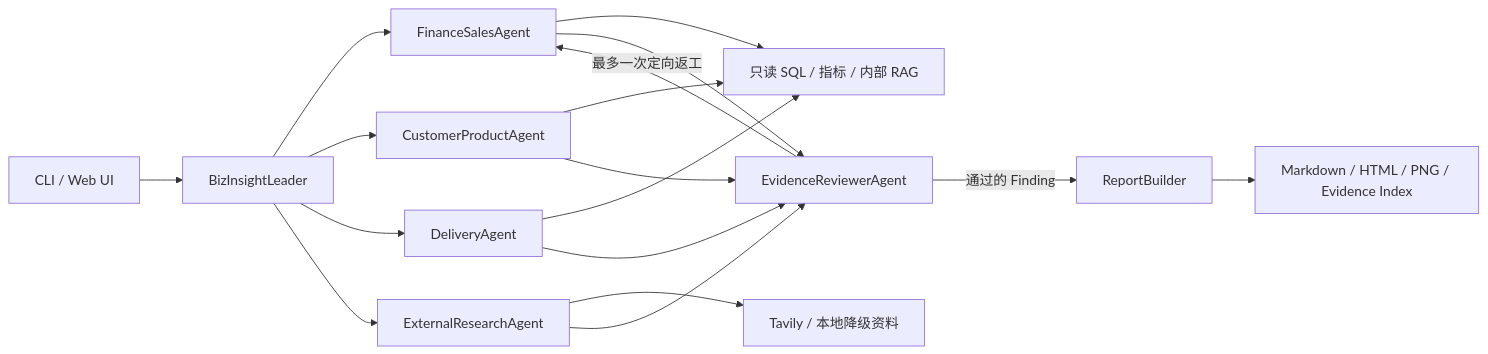
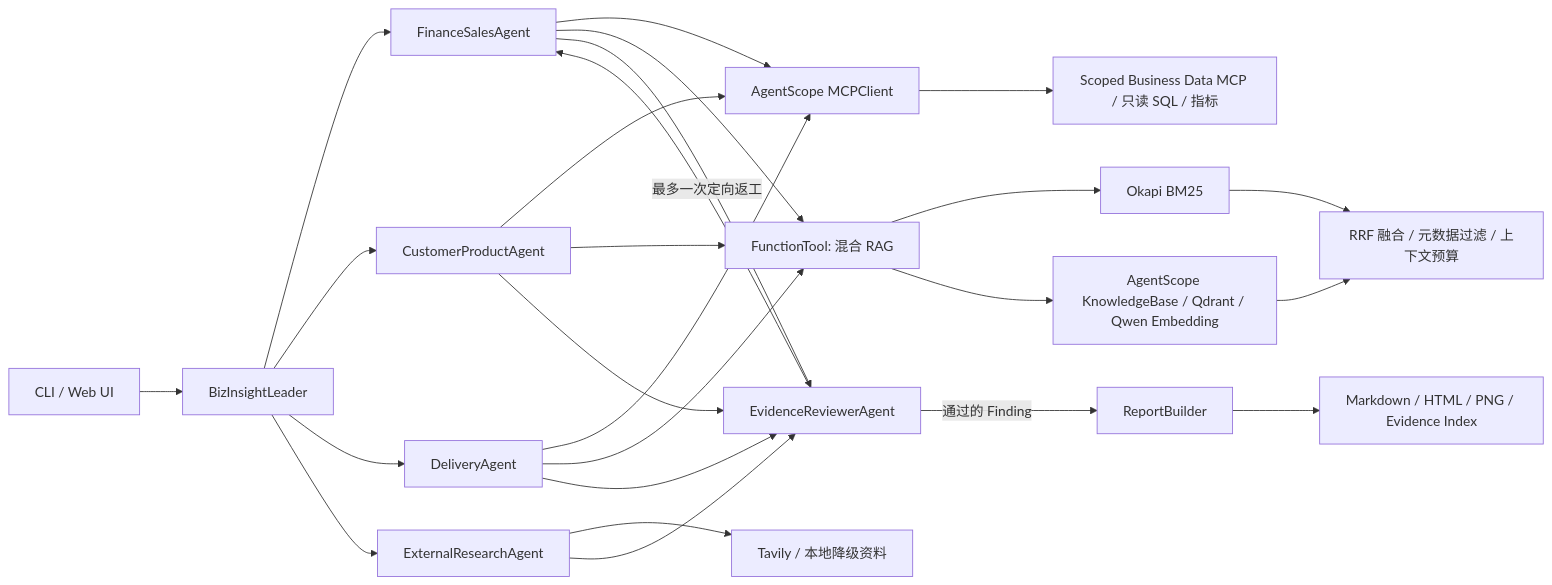
Before and after one commit to chuechue123/enterprise-intelligence-agent: the diagram in docs/architecture.md, drawn with Mermaid. The commit also changed other lines of this file and 43 other files, not shown here.

````diff
--- a/docs/architecture.md
+++ b/docs/architecture.md
@@ -7,14 +7,19 @@
 ```mermaid
 flowchart LR
     U[CLI / Web UI] --> L[BizInsightLeader]
     L --> W1[FinanceSalesAgent]
     L --> W2[CustomerProductAgent]
     L --> W3[DeliveryAgent]
     L --> W4[ExternalResearchAgent]
-    W1 & W2 & W3 --> T[只读 SQL / 指标 / 内部 RAG]
+    W1 & W2 & W3 --> M[AgentScope MCPClient]
+    M --> T[Scoped Business Data MCP / 只读 SQL / 指标]
+    W1 & W2 & W3 --> K[FunctionTool: 混合 RAG]
+    K --> B1[Okapi BM25]
+    K --> B2[AgentScope KnowledgeBase / Qdrant / Qwen Embedding]
+    B1 & B2 --> RF[RRF 融合 / 元数据过滤 / 上下文预算]
     W4 --> X[Tavily / 本地降级资料]
     W1 & W2 & W3 & W4 --> R[EvidenceReviewerAgent]
     R -->|最多一次定向返工| W1
     R -->|通过的 Finding| B[ReportBuilder]
     B --> O[Markdown / HTML / PNG / Evidence Index]
 ```
````
